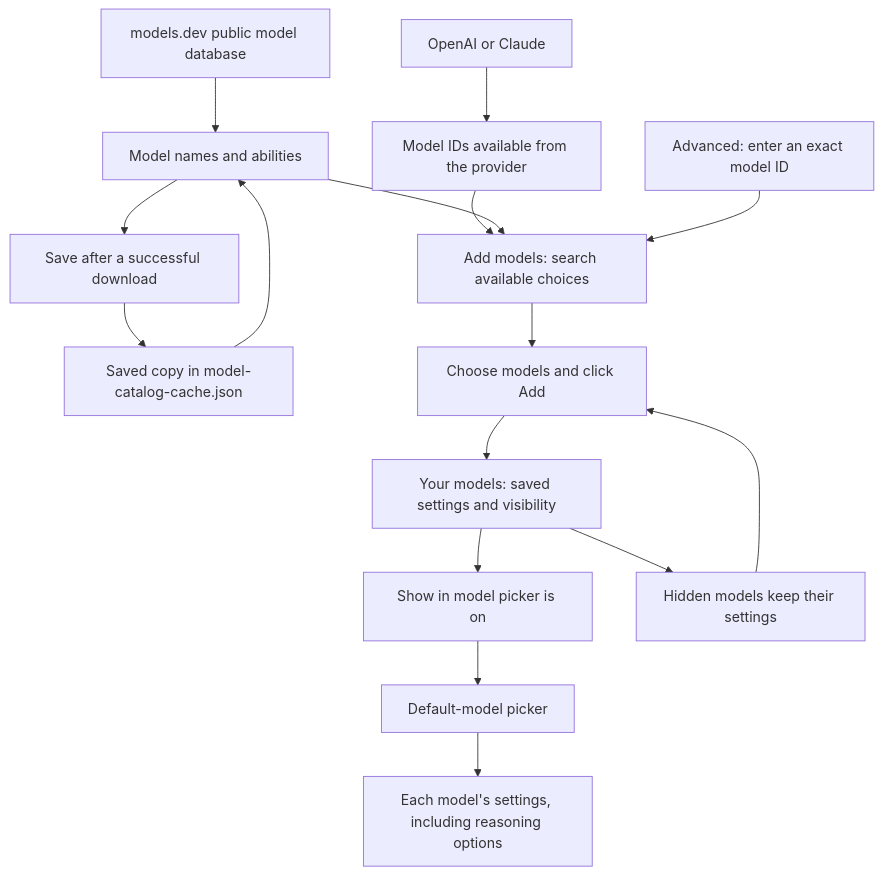
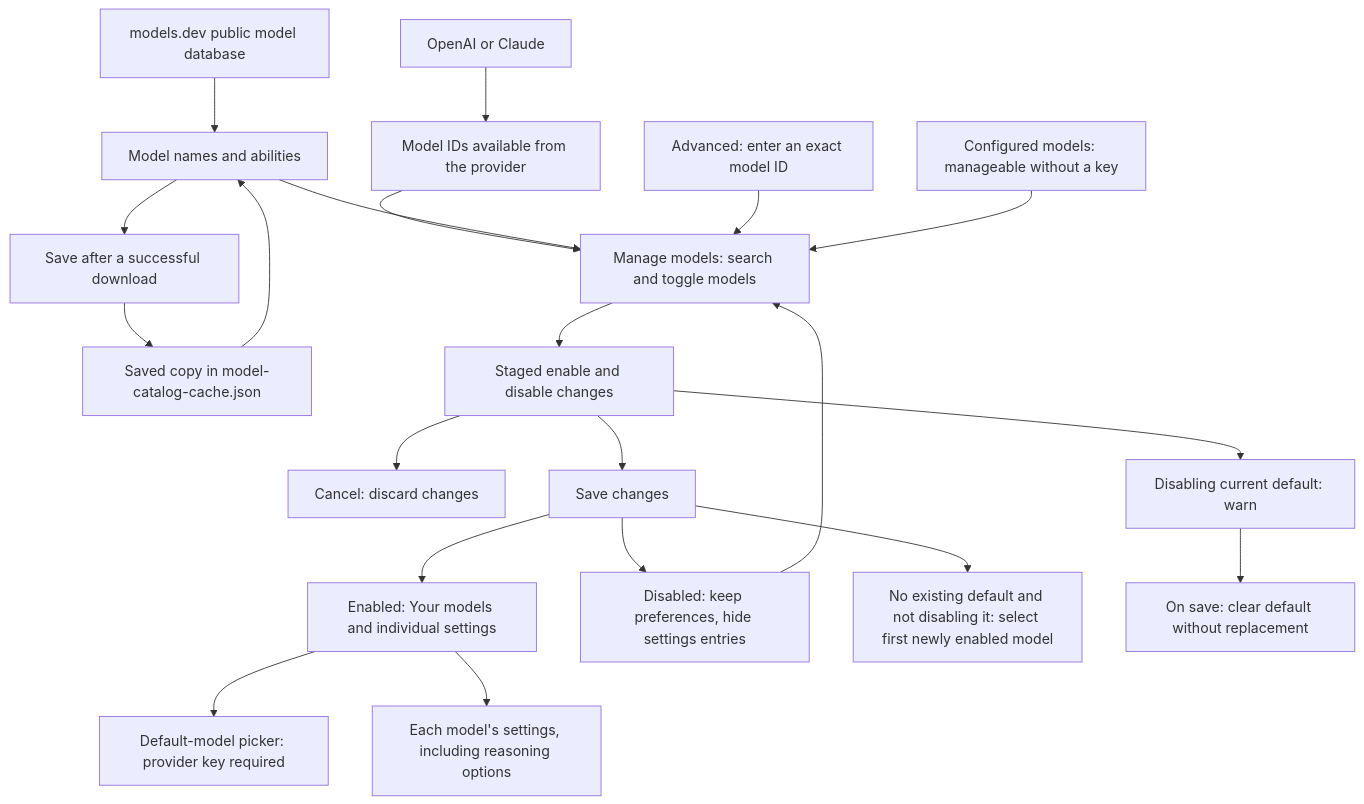
Before and after one commit to cadrianxyz/obsidian-auto-anki: the diagram in docs/model-discovery.md, drawn with Mermaid. The commit also changed other lines of this file and 93 other files, not shown here.

````diff
--- a/docs/model-discovery.md
+++ b/docs/model-discovery.md
@@ -157,18 +228,23 @@
 ```mermaid
 flowchart TD
     Provider["OpenAI or Claude"] --> IDs["Model IDs available from the provider"]
     Public["models.dev public model database"] --> Details["Model names and abilities"]
     Cache["Saved copy in model-catalog-cache.json"] --> Details
     Details --> Save["Save after a successful download"]
     Save --> Cache
-    IDs --> Choices["Add models: search available choices"]
+    IDs --> Choices["Manage models: search and toggle models"]
     Details --> Choices
     Manual["Advanced: enter an exact model ID"] --> Choices
-    Choices --> Selection["Choose models and click Add"]
-    Selection --> Saved["Your models: saved settings and visibility"]
-    Saved --> Enabled["Show in model picker is on"]
-    Enabled --> Picker["Default-model picker"]
-    Saved --> Hidden["Hidden models keep their settings"]
-    Hidden --> Selection
-    Picker --> Settings["Each model's settings, including reasoning options"]
+    Configured["Configured models: manageable without a key"] --> Choices
+    Choices --> Staged["Staged enable and disable changes"]
+    Staged --> Cancel["Cancel: discard changes"]
+    Staged --> SaveChanges["Save changes"]
+    SaveChanges --> Enabled["Enabled: Your models and individual settings"]
+    SaveChanges --> Disabled["Disabled: keep preferences, hide settings entries"]
+    Disabled --> Choices
+    Enabled --> Picker["Default-model picker: provider key required"]
+    Enabled --> Settings["Each model's settings, including reasoning options"]
+    SaveChanges --> Default["No existing default and not disabling it: select first newly enabled model"]
+    Staged --> Warning["Disabling current default: warn"]
+    Warning --> Clear["On save: clear default without replacement"]
 ```
````
